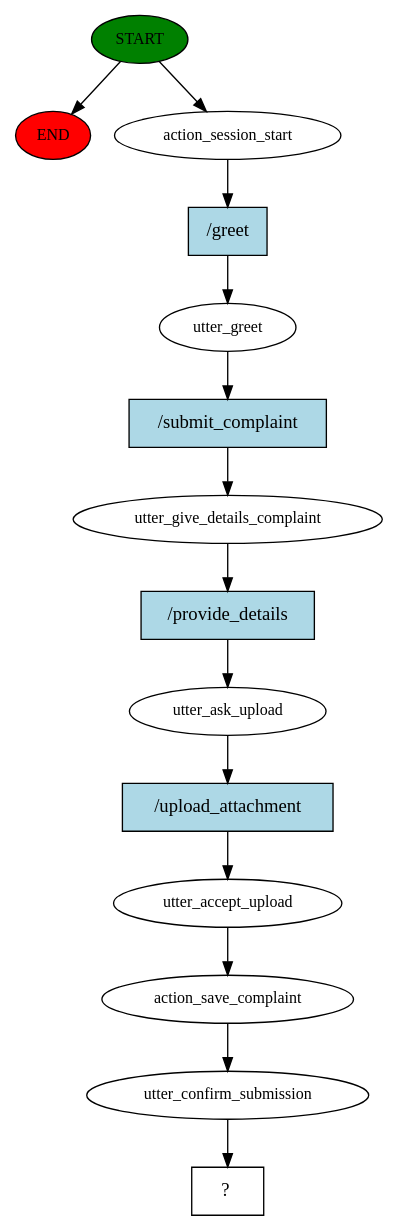
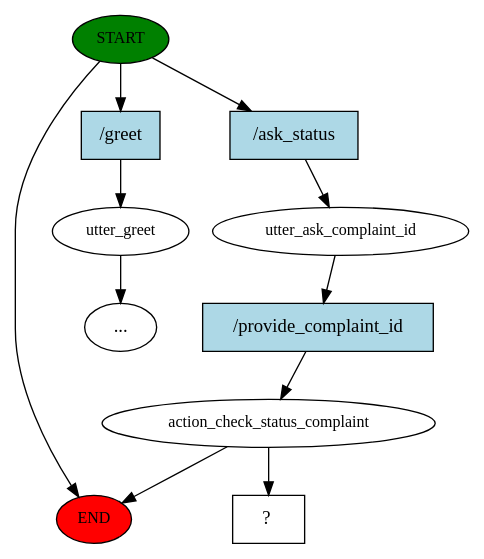
The diagram in story_graph.dot (RABHIARWA/rasa-bot-bms), drawn with Graphviz before and after one commit. The commit also changed 4 other files, not shown here.

Commit message:
add check complaint status story

```diff
--- a/story_graph.dot
+++ b/story_graph.dot
@@ -1,29 +1,22 @@
 digraph  {
 0 [class="start active", fillcolor=green, fontsize=12, label=START, style=filled];
 "-1" [class=end, fillcolor=red, fontsize=12, label=END, style=filled];
-1 [class=active, fontsize=12, label=action_session_start];
-2 [class=active, fontsize=12, label=utter_greet];
-3 [class=active, fontsize=12, label=utter_give_details_complaint];
-4 [class=active, fontsize=12, label=utter_ask_upload];
-5 [class=active, fontsize=12, label=utter_accept_upload];
-6 [class=active, fontsize=12, label=action_save_complaint];
-7 [class=active, fontsize=12, label=utter_confirm_submission];
-8 [class="intent dashed active", label="  ?  ", shape=rect];
-9 [class="intent active", fillcolor=lightblue, label="/greet", shape=rect, style=filled];
-10 [class="intent active", fillcolor=lightblue, label="/submit_complaint", shape=rect, style=filled];
-11 [class="intent active", fillcolor=lightblue, label="/provide_details", shape=rect, style=filled];
-12 [class="intent active", fillcolor=lightblue, label="/upload_attachment", shape=rect, style=filled];
+1 [class="", fontsize=12, label=utter_greet];
+"-6" [class=ellipsis, label="..."];
+5 [class=active, fontsize=12, label=utter_ask_complaint_id];
+6 [class=active, fontsize=12, label=action_check_status_complaint];
+11 [class="intent dashed active", label="  ?  ", shape=rect];
+12 [class=intent, fillcolor=lightblue, label="/greet", shape=rect, style=filled];
+13 [class="intent active", fillcolor=lightblue, label="/ask_status", shape=rect, style=filled];
+14 [class="intent active", fillcolor=lightblue, label="/provide_complaint_id", shape=rect, style=filled];
 0 -> "-1"  [class="", key=NONE, label=""];
-0 -> 1  [class=active, key=NONE, label=""];
-1 -> 9  [class=active, key=0];
-2 -> 10  [class=active, key=0];
-3 -> 11  [class=active, key=0];
-4 -> 12  [class=active, key=0];
-5 -> 6  [class=active, key=NONE, label=""];
-6 -> 7  [class=active, key=NONE, label=""];
-7 -> 8  [class=active, key=NONE, label=""];
-9 -> 2  [class=active, key=0];
-10 -> 3  [class=active, key=0];
-11 -> 4  [class=active, key=0];
-12 -> 5  [class=active, key=0];
+0 -> 12  [class="", key=0];
+0 -> 13  [class=active, key=0];
+1 -> "-6"  [class="", key=NONE, label=""];
+5 -> 14  [class=active, key=0];
+6 -> "-1"  [class="", key=NONE, label=""];
+6 -> 11  [class=active, key=NONE, label=""];
+12 -> 1  [class="", key=0];
+13 -> 5  [class=active, key=0];
+14 -> 6  [class=active, key=0];
 }
```
